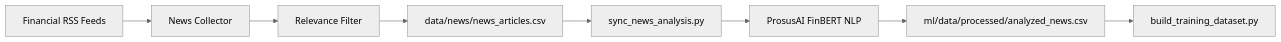
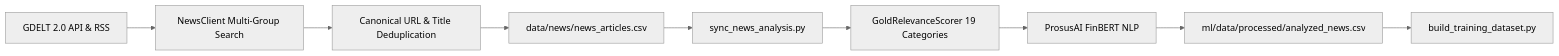
The diagram in docs/news/NEWS_PIPELINE.md (Dhruv-vm/GoldSense-AI), drawn with Mermaid (neutral theme) before and after one commit. The commit also changed other lines of this file and 17 other files, not shown here.

````diff
--- a/docs/news/NEWS_PIPELINE.md
+++ b/docs/news/NEWS_PIPELINE.md
@@ -5,10 +5,11 @@
 ```mermaid
 flowchart LR
-    RSS[Financial RSS Feeds] --> Scraper[News Collector]
-    Scraper --> Filter[Relevance Filter]
-    Filter --> RawCSV[data/news/news_articles.csv]
+    GDELT[GDELT 2.0 API & RSS] --> Collector[NewsClient Multi-Group Search]
+    Collector --> Dedupe[Canonical URL & Title Deduplication]
+    Dedupe --> RawCSV[data/news/news_articles.csv]
     RawCSV --> Sync[sync_news_analysis.py]
-    Sync --> FinBERT[ProsusAI FinBERT NLP]
+    Sync --> Filter[GoldRelevanceScorer 19 Categories]
+    Filter --> FinBERT[ProsusAI FinBERT NLP]
     FinBERT --> AnalyzedCSV[ml/data/processed/analyzed_news.csv]
     AnalyzedCSV --> MLMerge[build_training_dataset.py]
 ```
````
